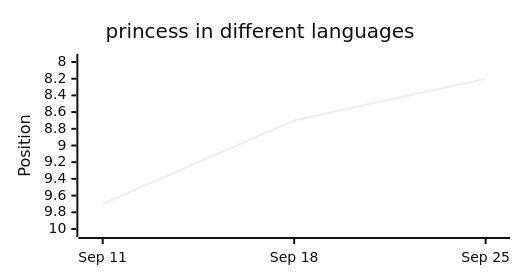
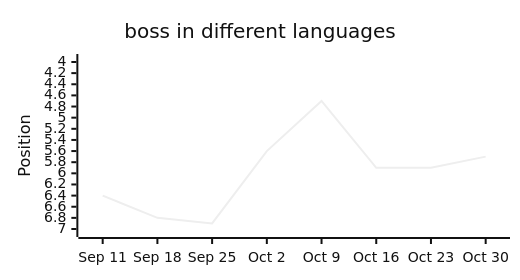
Diagram 13 of 13 in latest.md (langx/website), drawn with Mermaid (neutral theme) before and after one commit. The commit also changed other lines of this file and 2 other files, not shown here.

````diff
--- a/latest.md
+++ b/latest.md
@@ -202,13 +202,13 @@
 ```mermaid
 ---
 config:
   xyChart:
     width: 500
     height: 260
 ---
 xychart-beta
-  title "princess in different languages"
-  x-axis ["Sep 11", "Sep 18", "Sep 25"]
-  y-axis "Position" 10 --> 8
-  line [9.7, 8.7, 8.2]
+  title "boss in different languages"
+  x-axis ["Sep 11", "Sep 18", "Sep 25", "Oct 2", "Oct 9", "Oct 16", "Oct 23", "Oct 30"]
+  y-axis "Position" 7 --> 4
+  line [6.4, 6.8, 6.9, 5.6, 4.7, 5.9, 5.9, 5.7]
 ```
````
